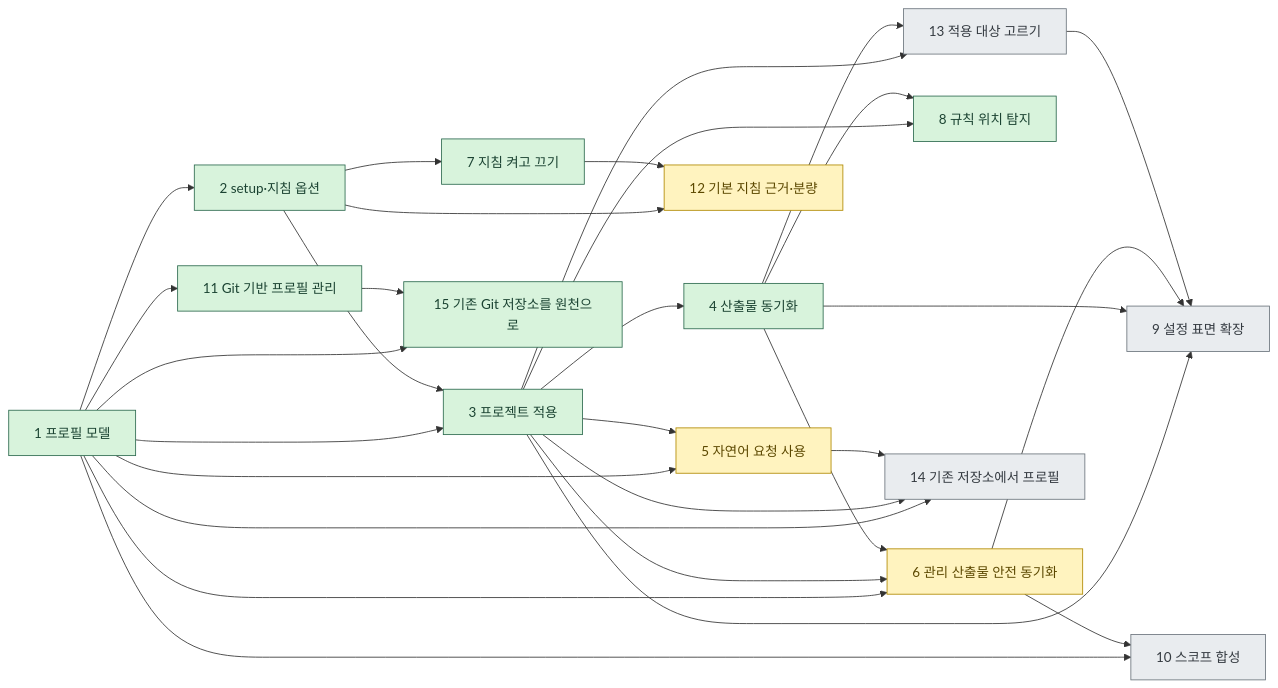
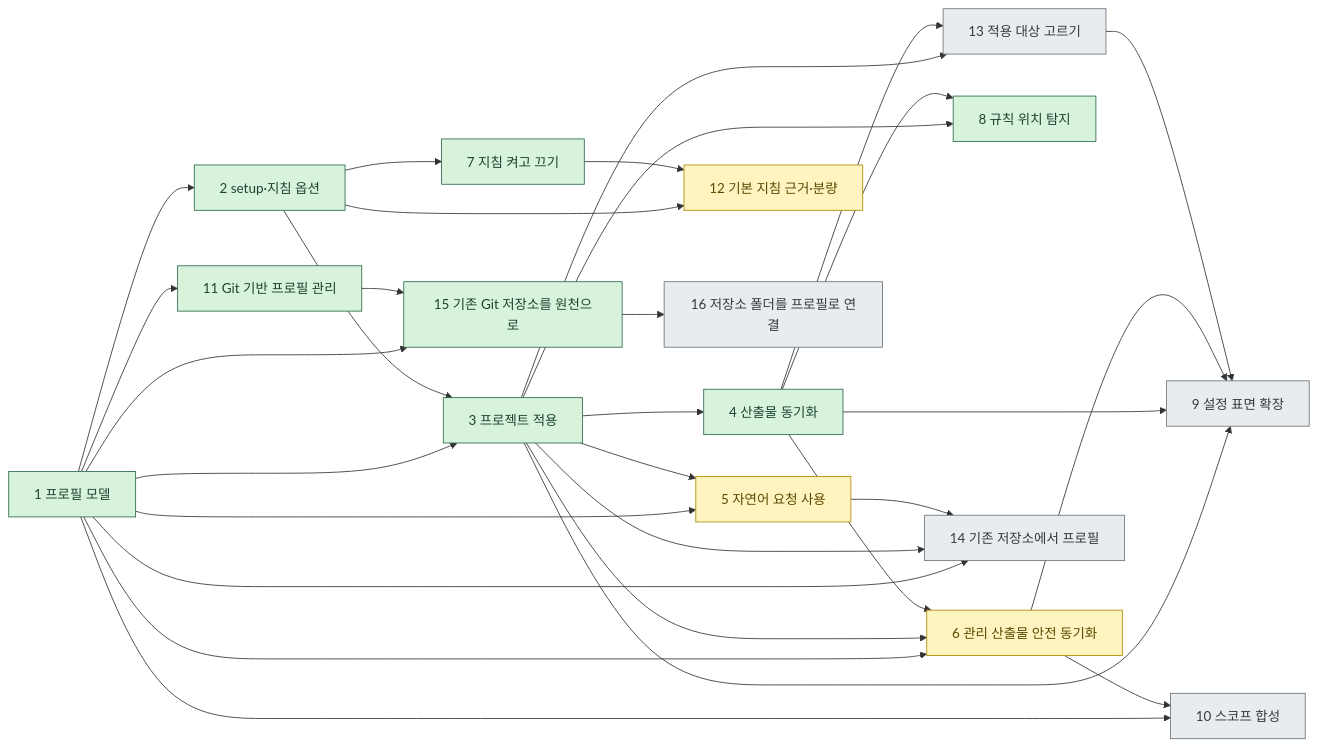
One commit to IsthisLee/agent-context-manager changed the diagram in docs/discussion/architecture/README.md. Above: the diagram before and after it, drawn with Mermaid. The commit also changed other lines of this file and 4 other files, not shown here.

First line of the commit message:
docs: 기존 저장소 폴더를 프로필로 연결하는 profile link 논의를 연다

````diff
--- a/docs/discussion/architecture/README.md
+++ b/docs/discussion/architecture/README.md
@@ -38,39 +39,40 @@
 ```mermaid
 flowchart LR
   S1["1 프로필 모델"] --> S2["2 setup·지침 옵션"]
   S1 --> S3["3 프로젝트 적용"]
   S2 --> S3
   S3 --> S4["4 산출물 동기화"]
   S1 --> S5["5 자연어 요청 사용"]
   S3 --> S5
   S1 --> S6["6 관리 산출물 안전 동기화"]
   S3 --> S6
   S4 --> S6
   S2 --> S7["7 지침 켜고 끄기"]
   S3 --> S8["8 규칙 위치 탐지"]
   S4 --> S8
   S3 --> S9["9 설정 표면 확장"]
   S4 --> S9
   S6 --> S9
   S1 --> S10["10 스코프 합성"]
   S6 --> S10
   S1 --> S11["11 Git 기반 프로필 관리"]
   S2 --> S12["12 기본 지침 근거·분량"]
   S7 --> S12
   S3 --> S13["13 적용 대상 고르기"]
   S4 --> S13
   S13 --> S9
   S1 --> S14["14 기존 저장소에서 프로필"]
   S3 --> S14
   S5 --> S14
   S1 --> S15["15 기존 Git 저장소를 원천으로"]
   S11 --> S15
+  S15 --> S16["16 저장소 폴더를 프로필로 연결"]
   classDef done fill:#d8f3dc,stroke:#2d6a4f,color:#1b4332
   classDef doing fill:#fff3bf,stroke:#b08900,color:#5c4800
   classDef todo fill:#e9ecef,stroke:#6c757d,color:#343a40
   %% agctx:generated:stage-classes:start
   class S1,S2,S3,S4,S7,S8,S11,S15 done
   class S5,S6,S12 doing
-  class S9,S10,S13,S14 todo
+  class S9,S10,S13,S14,S16 todo
   %% agctx:generated:stage-classes:end
 ```
````
